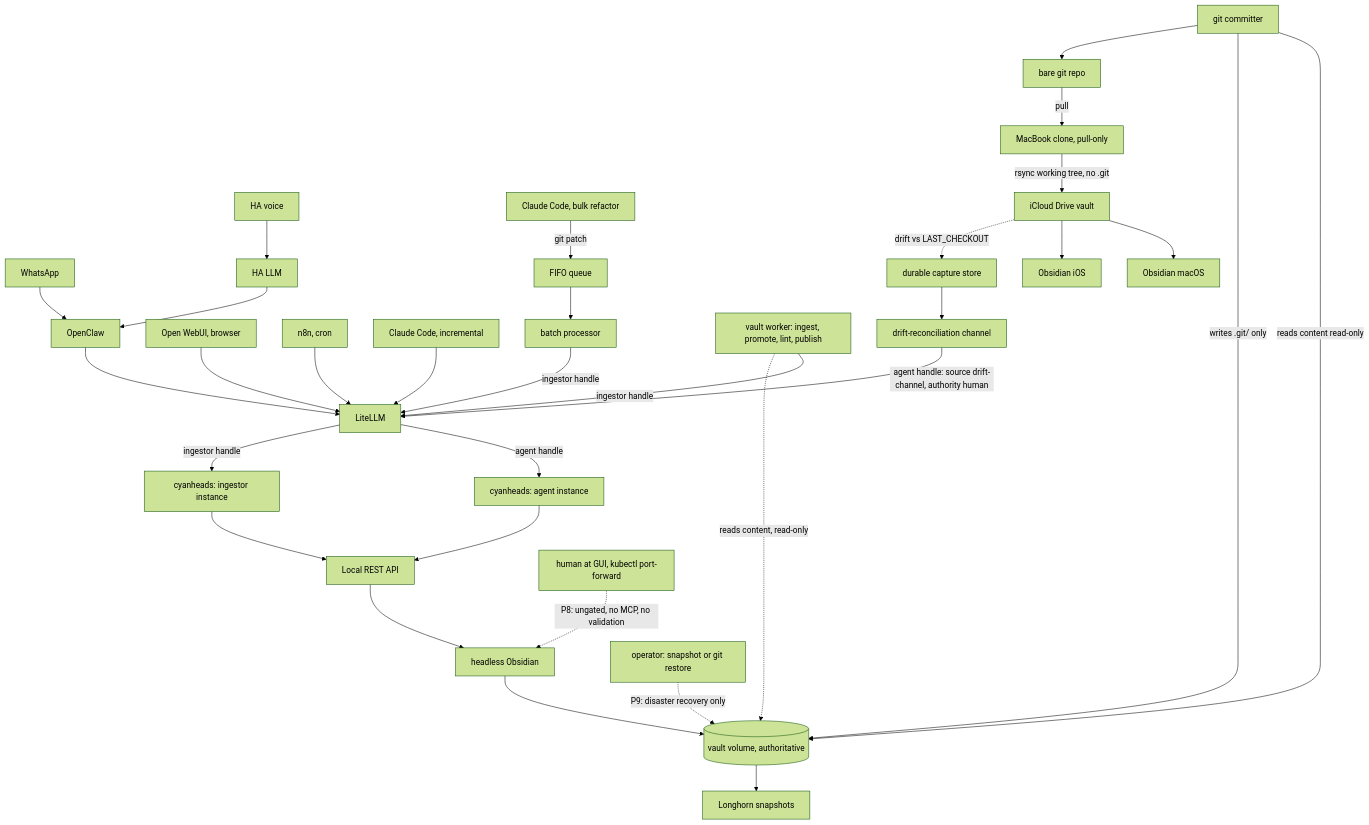
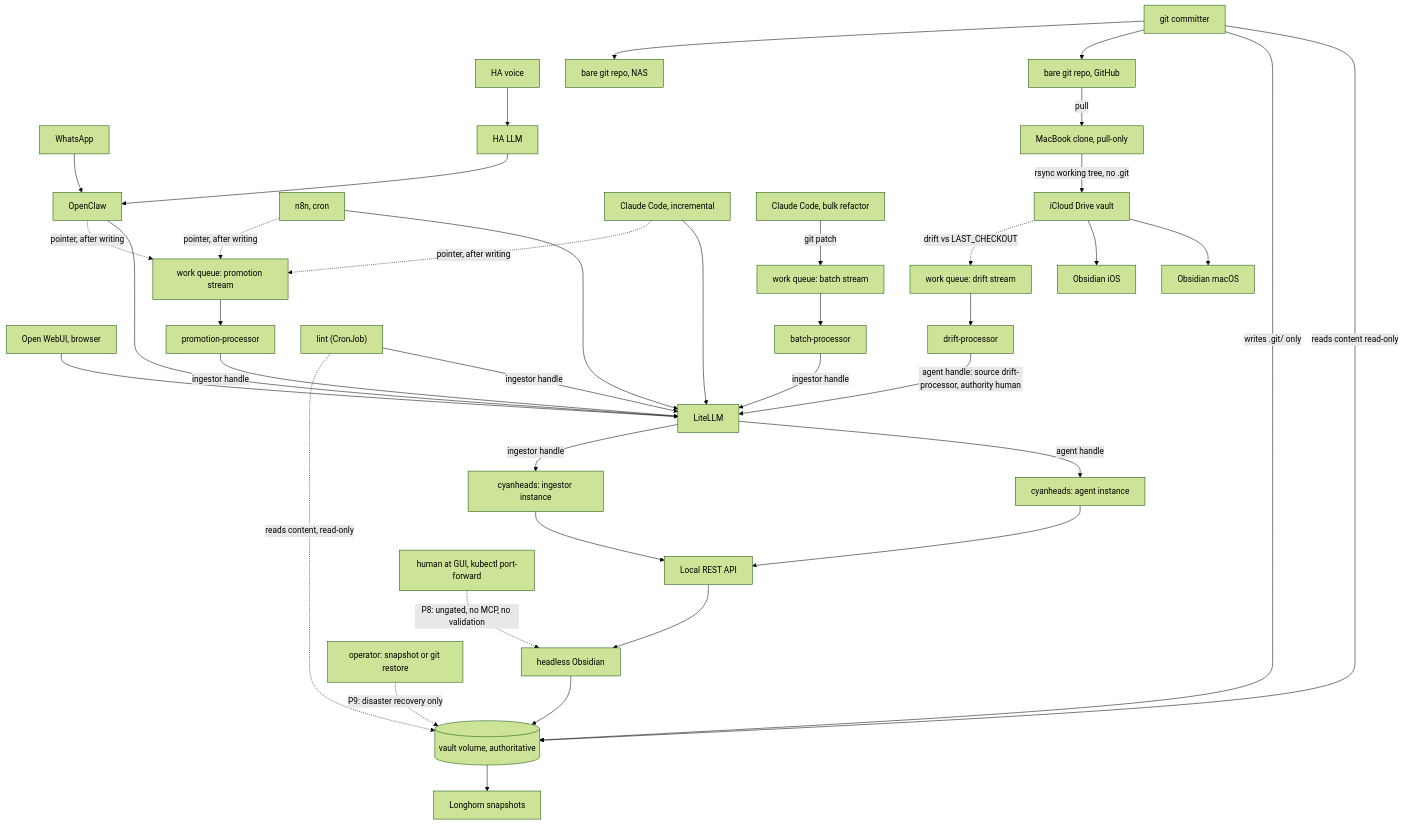
One commit to ppat/obsidian-tools changed the diagram in docs/DESIGN.md. Above: the diagram before and after it, drawn with Mermaid (forest theme). The commit also changed other lines of this file, not shown here.

````diff
--- a/docs/DESIGN.md
+++ b/docs/DESIGN.md
@@ -164,40 +172,48 @@
 ```mermaid
 flowchart TB
     WA["WhatsApp"] --> OpenClaw
     Voice["HA voice"] --> HA["HA LLM"] --> OpenClaw
     Browser["Open WebUI, browser"] --> LiteLLM
     OpenClaw --> LiteLLM
     N8N["n8n, cron"] --> LiteLLM
     CCinc["Claude Code, incremental"] --> LiteLLM
 
-    CCbulk["Claude Code, bulk refactor"] -->|"git patch"| Queue["FIFO queue"]
-    Queue --> Batch["batch processor"]
+    CCbulk["Claude Code, bulk refactor"] -->|"git patch"| BatchStream["work queue: batch stream"]
+    BatchStream --> Batch["batch-processor"]
     Batch -->|"ingestor handle"| LiteLLM
-    VaultWorker["vault worker: ingest, promote, lint, publish"] -->|"ingestor handle"| LiteLLM
-    VaultWorker -.->|"reads content, read-only"| Volume
+
+    OpenClaw -.->|"pointer, after writing"| PromoStream["work queue: promotion stream"]
+    N8N -.->|"pointer, after writing"| PromoStream
+    CCinc -.->|"pointer, after writing"| PromoStream
+    PromoStream --> PromoProc["promotion-processor"]
+    PromoProc -->|"ingestor handle"| LiteLLM
+
+    Lint["lint (CronJob)"] -->|"ingestor handle"| LiteLLM
+    Lint -.->|"reads content, read-only"| Volume
 
     LiteLLM -->|"agent handle"| CyAgent["cyanheads: agent instance"]
     LiteLLM -->|"ingestor handle"| CyIngest["cyanheads: ingestor instance"]
 
     CyAgent --> REST["Local REST API"]
     CyIngest --> REST
     REST --> Obsidian["headless Obsidian"]
 
     GUIHuman["human at GUI, kubectl port-forward"] -.->|"P8: ungated, no MCP, no validation"| Obsidian
 
     Obsidian --> Volume[("vault volume, authoritative")]
     Volume --> Snapshots["Longhorn snapshots"]
     Restore["operator: snapshot or git restore"] -.->|"P9: disaster recovery only"| Volume
 
     GitCommitter["git committer"] -->|"reads content read-only"| Volume
     GitCommitter -->|"writes .git/ only"| Volume
-    GitCommitter --> BareRepo["bare git repo"]
+    GitCommitter --> BareRepo["bare git repo, GitHub"]
+    GitCommitter --> NASRepo["bare git repo, NAS"]
     BareRepo -->|"pull"| MacClone["MacBook clone, pull-only"]
     MacClone -->|"rsync working tree, no .git"| ICloud["iCloud Drive vault"]
     ICloud --> ObsMac["Obsidian macOS"]
     ICloud --> ObsiOS["Obsidian iOS"]
 
-    ICloud -.->|"drift vs LAST_CHECKOUT"| Capture["durable capture store"]
-    Capture --> DriftChannel["drift-reconciliation channel"]
-    DriftChannel -->|"agent handle: source drift-channel, authority human"| LiteLLM
+    ICloud -.->|"drift vs LAST_CHECKOUT"| DriftStream["work queue: drift stream"]
+    DriftStream --> DriftProc["drift-processor"]
+    DriftProc -->|"agent handle: source drift-processor, authority human"| LiteLLM
 ```
````
